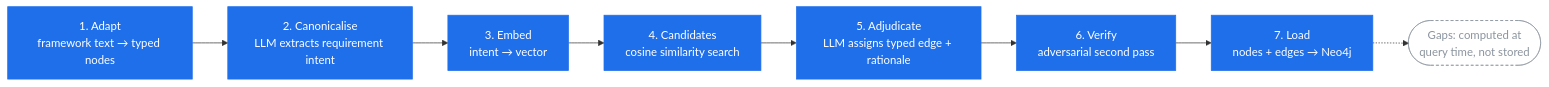
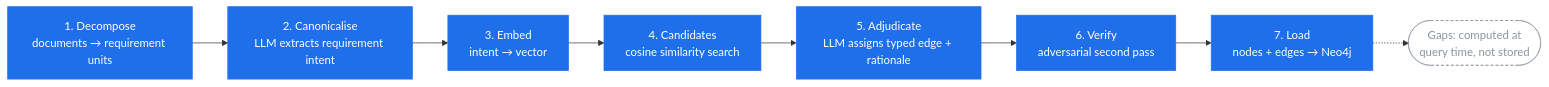
One commit to dave-net-positive/crosswalk-kit changed the diagram in README.md. Above: the diagram before and after it, drawn with Mermaid. The commit also changed other lines of this file and 1 other file, not shown here.

````diff
--- a/README.md
+++ b/README.md
@@ -40,15 +40,15 @@
 ```mermaid
 flowchart LR
-    A["1. Adapt<br/>framework text → typed nodes"] --> B["2. Canonicalise<br/>LLM extracts requirement intent"]
+    A["1. Decompose<br/>documents → requirement units"] --> B["2. Canonicalise<br/>LLM extracts requirement intent"]
     B --> C["3. Embed<br/>intent → vector"]
     C --> D["4. Candidates<br/>cosine similarity search"]
     D --> E["5. Adjudicate<br/>LLM assigns typed edge + rationale"]
     E --> F["6. Verify<br/>adversarial second pass"]
     F --> G["7. Load<br/>nodes + edges → Neo4j"]
     G -.-> H(["Gaps: computed at\nquery time, not stored"])
 
     classDef stage fill:#1f6feb,stroke:#1f6feb,color:#fff
     classDef derived fill:none,stroke:#8b949e,stroke-dasharray: 4 3,color:#8b949e
     class A,B,C,D,E,F,G stage
     class H derived
 ```
````
